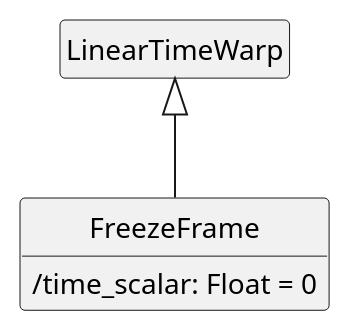
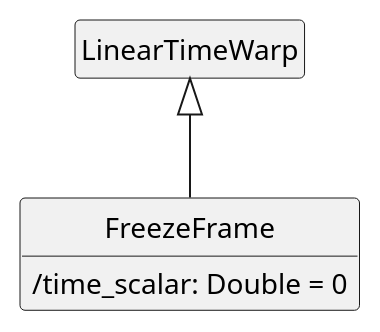
One commit to sandflow/otio-core-specification changed diagram 15 of 34 in src/main/md/otio-core.md. Above: the diagram before and after it, drawn with PlantUML. The commit also changed other lines of this file, not shown here.

````diff
--- a/src/main/md/otio-core.md
+++ b/src/main/md/otio-core.md
@@ -888,15 +888,15 @@
 ```puml
 @startuml
 hide empty members
 hide circle
 skinparam classAttributeIconSize 0
 skinparam linetype ortho
 
 LinearTimeWarp <|-- FreezeFrame
 
 class FreezeFrame {
-  /time_scalar: Float = 0
+  /time_scalar: Double = 0
 }
 
 @enduml
 ```
````
